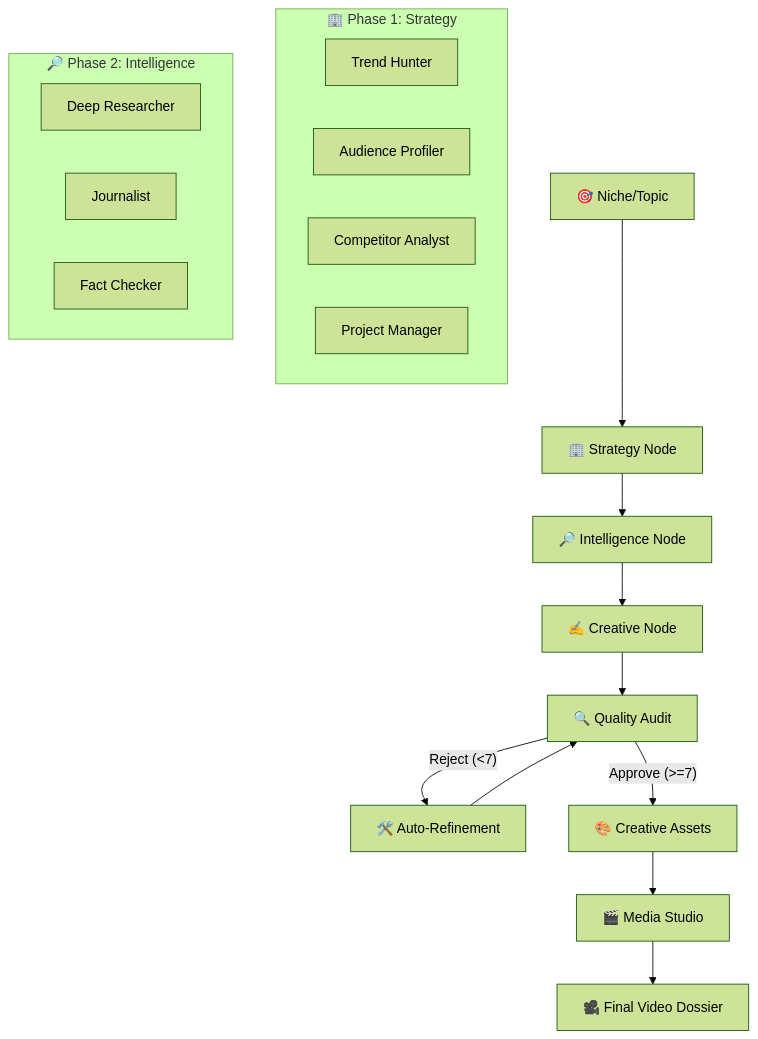
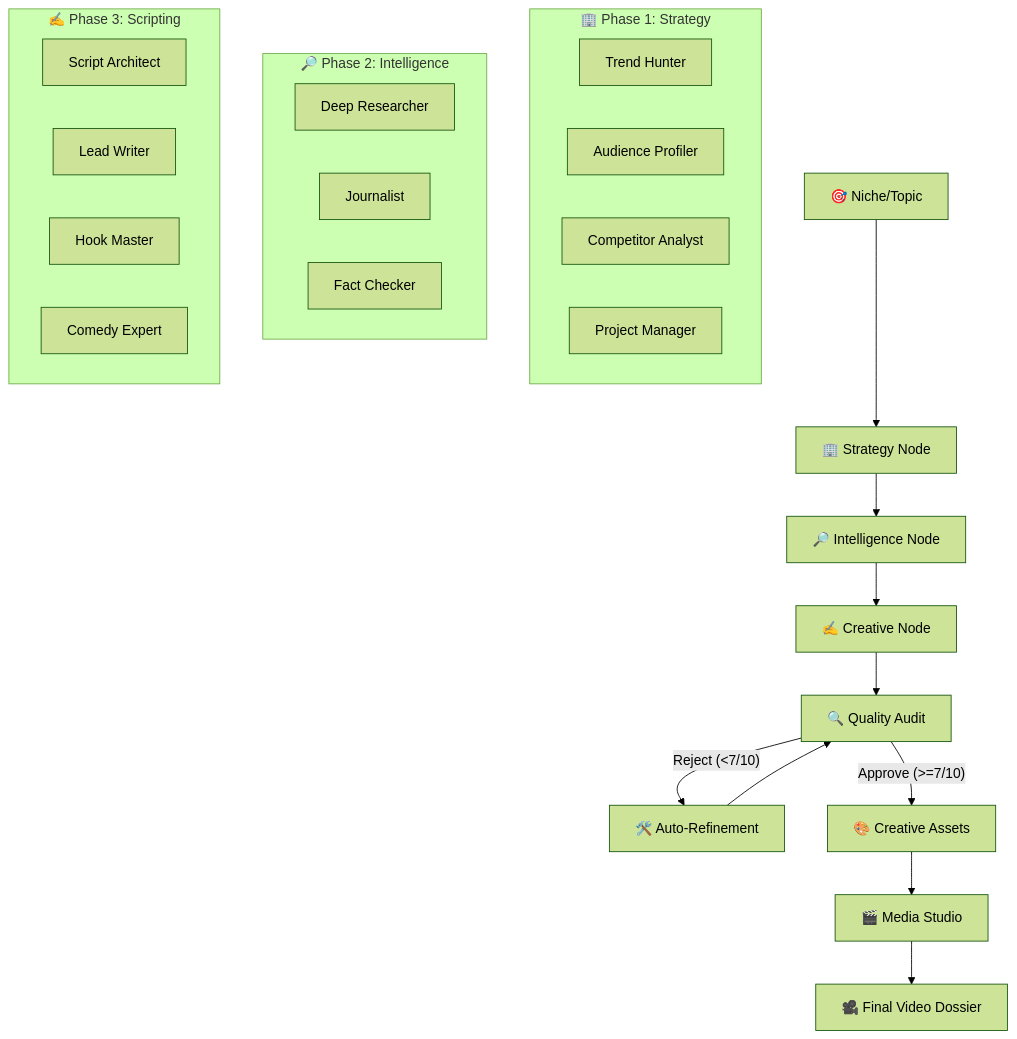
Before and after one commit to monrroyag/Neural-Swarm-2.0-Youtube-Gemini: the diagram in README.md, drawn with Mermaid (forest theme). The commit also changed other lines of this file, not shown here.

````diff
--- a/README.md
+++ b/README.md
@@ -21,25 +21,32 @@
 ```mermaid
 graph TD
     A[🎯 Niche/Topic] --> B[🏢 Strategy Node]
     B --> C[🔎 Intelligence Node]
     C --> D[✍️ Creative Node]
     D --> E[🔍 Quality Audit]
-    E -- "Reject (<7)" --> F[🛠️ Auto-Refinement]
+    E -- "Reject (<7/10)" --> F[🛠️ Auto-Refinement]
     F --> E
-    E -- "Approve (>=7)" --> G[🎨 Creative Assets]
+    E -- "Approve (>=7/10)" --> G[🎨 Creative Assets]
     G --> H[🎬 Media Studio]
     H --> I[🎥 Final Video Dossier]
 
     subgraph "🏢 Phase 1: Strategy"
     B1[Trend Hunter]
     B2[Audience Profiler]
     B3[Competitor Analyst]
     B4[Project Manager]
     end
 
     subgraph "🔎 Phase 2: Intelligence"
     C1[Deep Researcher]
     C2[Journalist]
     C3[Fact Checker]
     end
+    
+    subgraph "✍️ Phase 3: Scripting"
+    D1[Script Architect]
+    D2[Lead Writer]
+    D3[Hook Master]
+    D4[Comedy Expert]
+    end
 ```
````
